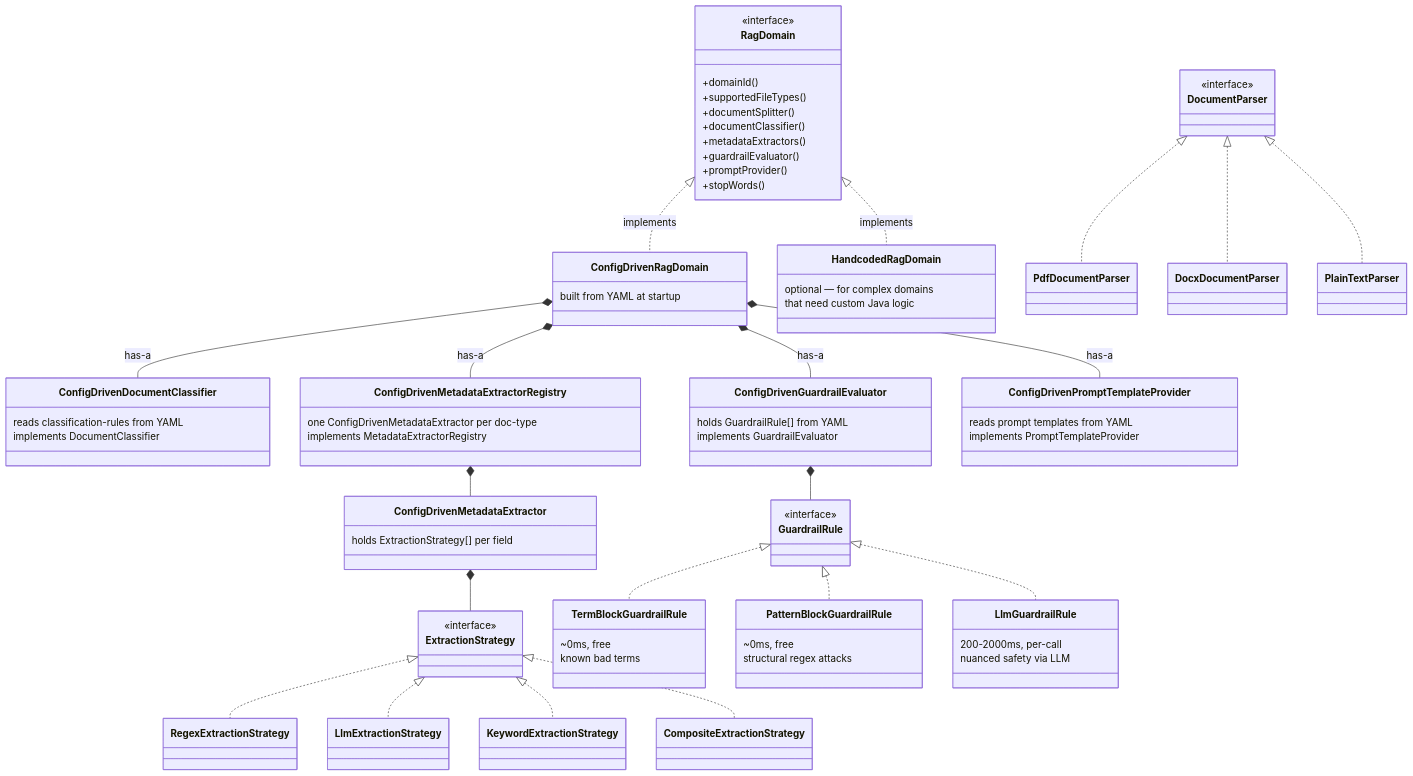
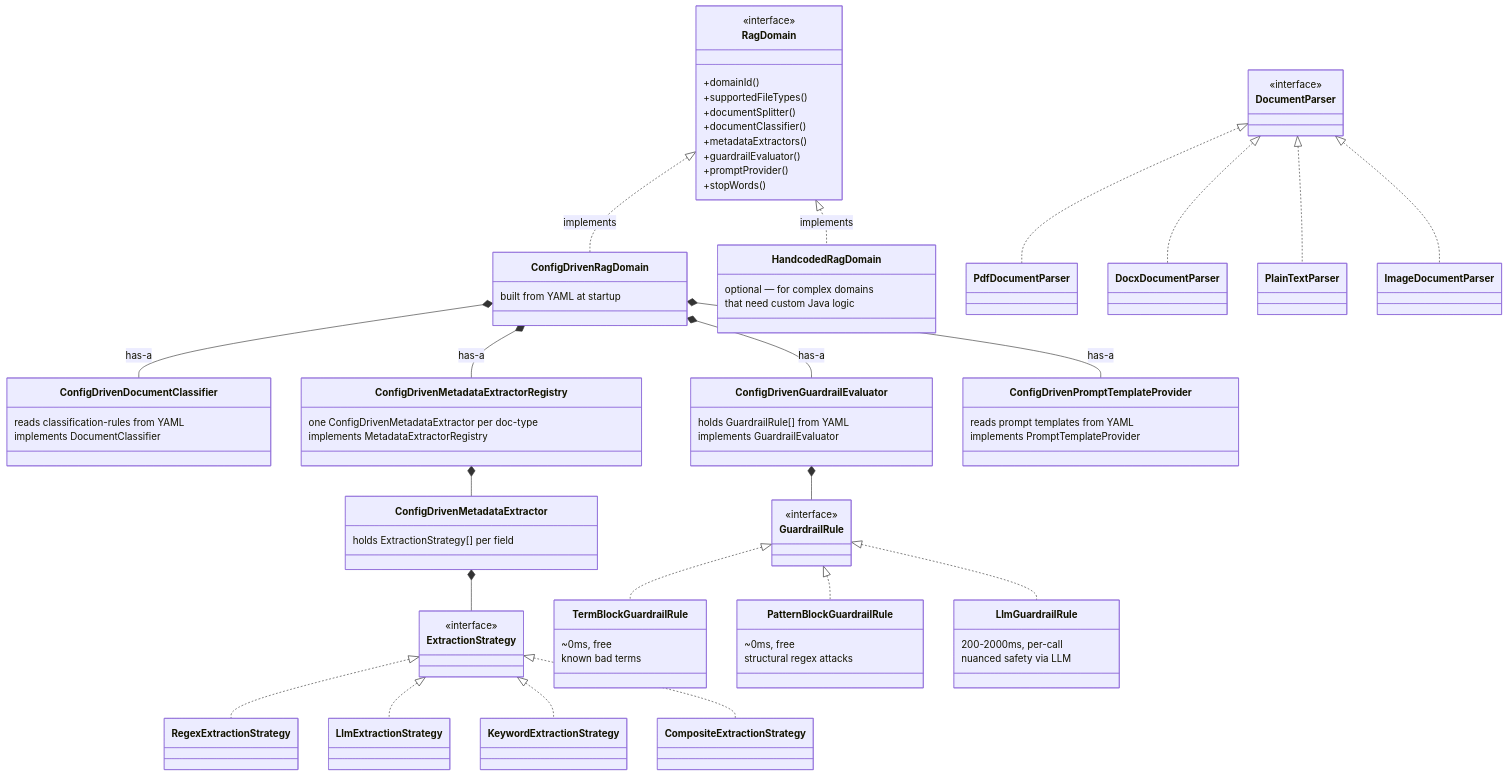
The second of 5 diagrams in technical-design.md (josalero/generic-rag-poc), drawn with Mermaid before and after one commit. The commit also changed other lines of this file and 2 other files, not shown here.

```diff
--- a/technical-design.md
+++ b/technical-design.md
@@ -331,10 +332,12 @@
     class PdfDocumentParser
     class DocxDocumentParser
     class PlainTextParser
+    class ImageDocumentParser
 
     DocumentParser <|.. PdfDocumentParser
     DocumentParser <|.. DocxDocumentParser
     DocumentParser <|.. PlainTextParser
+    DocumentParser <|.. ImageDocumentParser
 
     class GuardrailRule {
         <<interface>>
```
